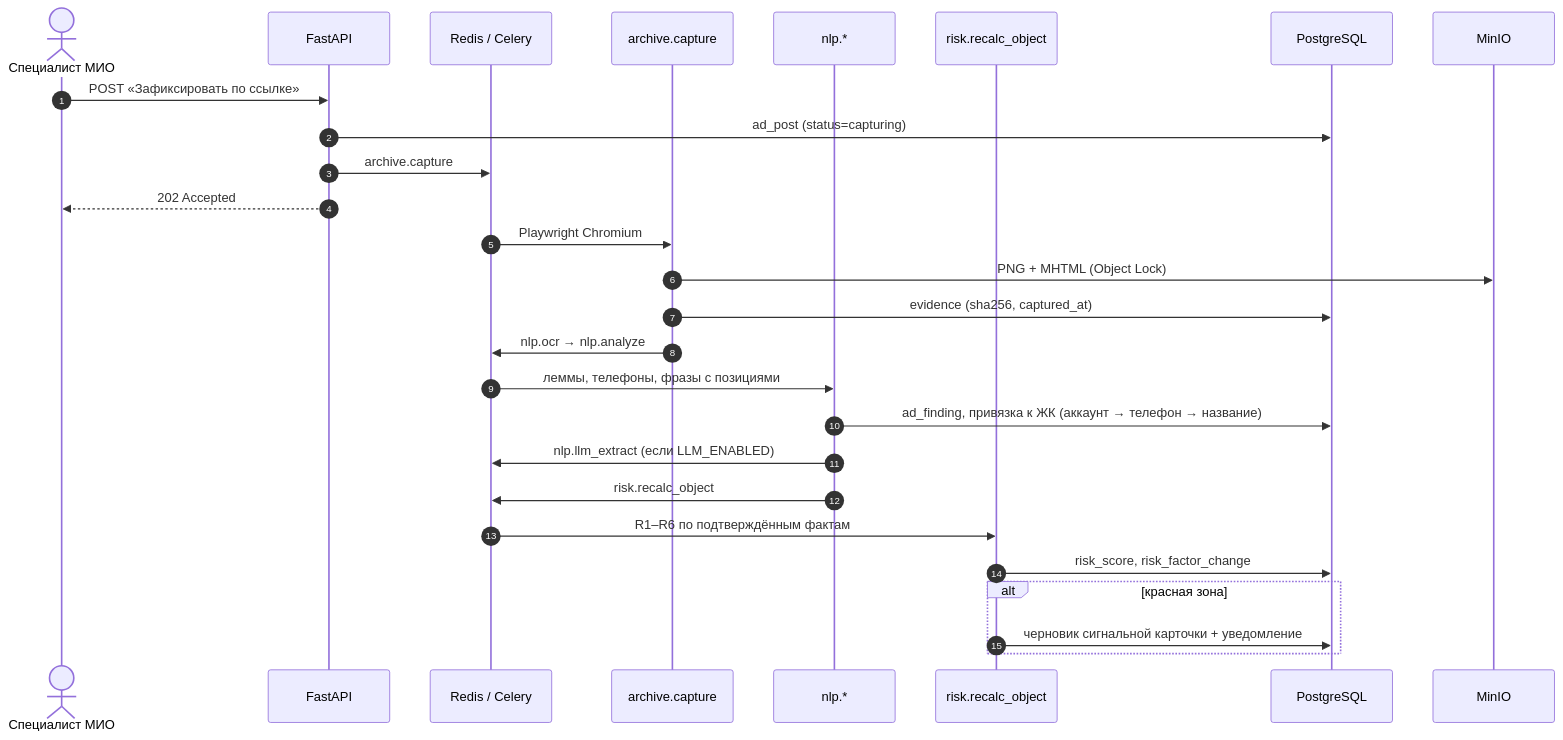
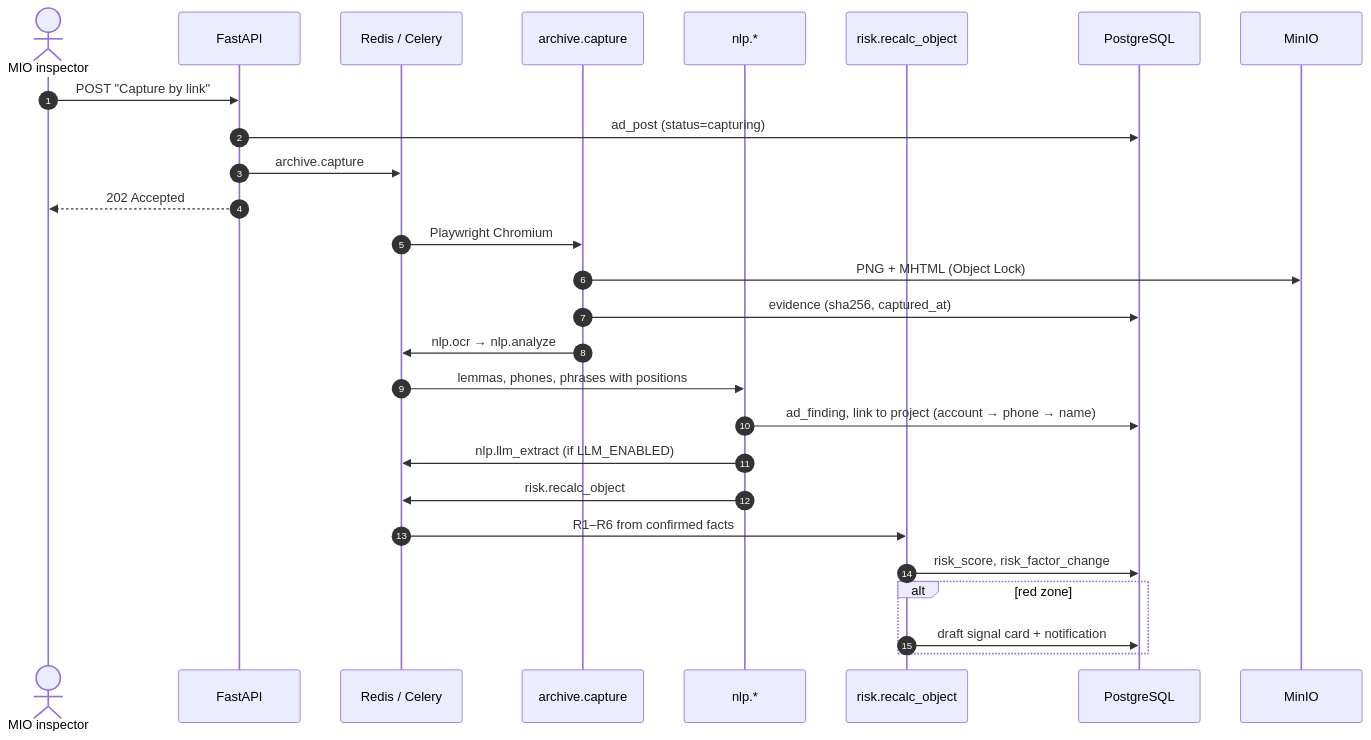
One commit to hhhhhffd/saq-qurylys changed the second of 3 diagrams in README.md. Above: the diagram before and after it, drawn with Mermaid. The commit also changed other lines of this file and 1 other file, not shown here.

````diff
--- a/README.md
+++ b/README.md
@@ -84,30 +106,30 @@
 ```mermaid
 sequenceDiagram
     autonumber
-    actor U as Специалист МИО
+    actor U as MIO inspector
     participant API as FastAPI
     participant Q as Redis / Celery
     participant A as archive.capture
     participant N as nlp.*
     participant R as risk.recalc_object
     participant DB as PostgreSQL
     participant S3 as MinIO
 
-    U->>API: POST «Зафиксировать по ссылке»
+    U->>API: POST "Capture by link"
     API->>DB: ad_post (status=capturing)
     API->>Q: archive.capture
     API-->>U: 202 Accepted
     Q->>A: Playwright Chromium
     A->>S3: PNG + MHTML (Object Lock)
     A->>DB: evidence (sha256, captured_at)
     A->>Q: nlp.ocr → nlp.analyze
-    Q->>N: леммы, телефоны, фразы с позициями
-    N->>DB: ad_finding, привязка к ЖК (аккаунт → телефон → название)
-    N->>Q: nlp.llm_extract (если LLM_ENABLED)
+    Q->>N: lemmas, phones, phrases with positions
+    N->>DB: ad_finding, link to project (account → phone → name)
+    N->>Q: nlp.llm_extract (if LLM_ENABLED)
     N->>Q: risk.recalc_object
-    Q->>R: R1–R6 по подтверждённым фактам
+    Q->>R: R1–R6 from confirmed facts
     R->>DB: risk_score, risk_factor_change
-    alt красная зона
-        R->>DB: черновик сигнальной карточки + уведомление
+    alt red zone
+        R->>DB: draft signal card + notification
     end
 ```
````
